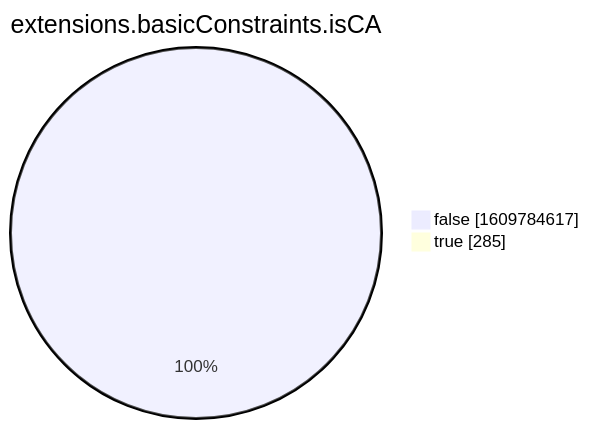
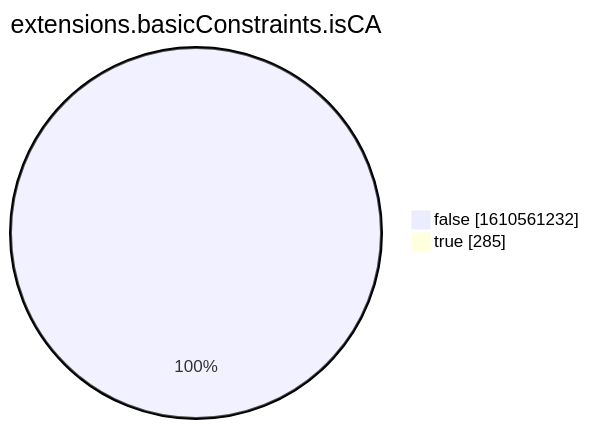
Before and after one commit to christiankrug/ctmonitor_visualization: the eighth of 15 diagrams in xenon2022/README.md, drawn with Mermaid. The commit also changed other lines of this file, not shown here.

````diff
--- a/xenon2022/README.md
+++ b/xenon2022/README.md
@@ -2862,6 +2862,6 @@
 ```mermaid
 pie showData
 title extensions.basicConstraints.isCA
-"false" :1609784617
+"false" :1610561232
 "true" :285
 ```
````
